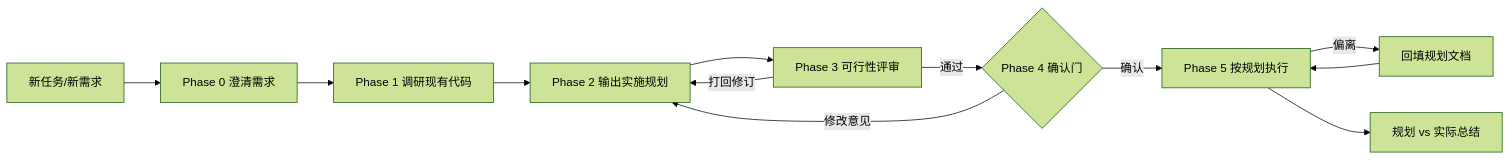
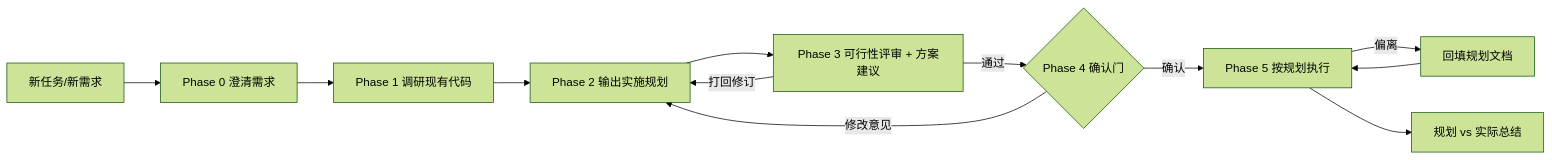
The diagram in README.md (ztian11/plan-first), drawn with Mermaid (forest theme) before and after one commit. The commit also changed other lines of this file and 4 other files, not shown here.

````diff
--- a/README.md
+++ b/README.md
@@ -18,14 +18,14 @@
 ```mermaid
 flowchart LR
     A[新任务/新需求] --> B[Phase 0 澄清需求]
     B --> C[Phase 1 调研现有代码]
     C --> D[Phase 2 输出实施规划]
-    D --> R[Phase 3 可行性评审]
+    D --> R[Phase 3 可行性评审 + 方案建议]
     R -- 打回修订 --> D
     R -- 通过 --> E{Phase 4 确认门}
     E -- 修改意见 --> D
     E -- 确认 --> F[Phase 5 按规划执行]
     F -- 偏离 --> G[回填规划文档]
     G --> F
     F --> H[规划 vs 实际总结]
 ```
````
